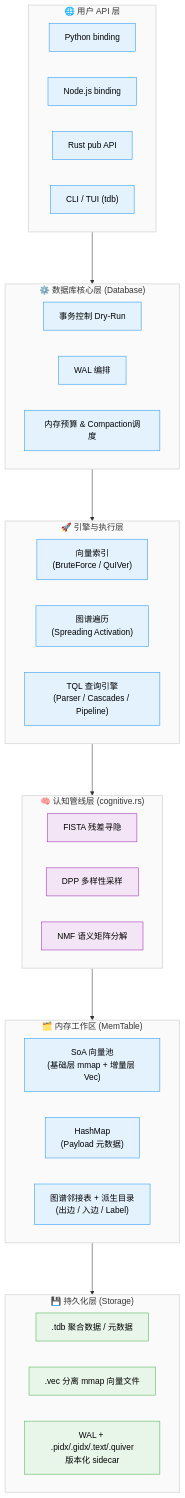
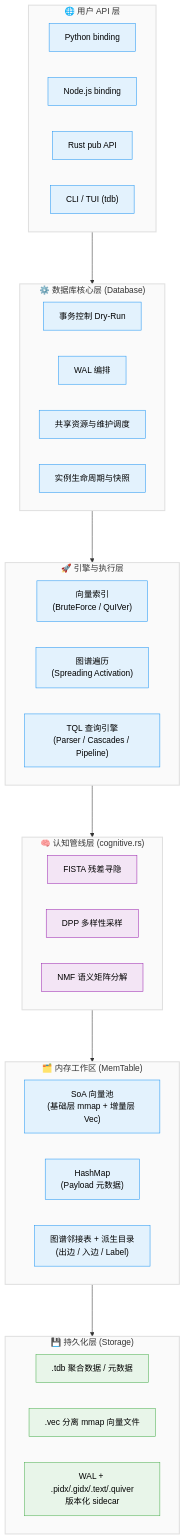
One commit to QWQcool/TriviumDB changed the diagram in docs/features.md. Above: the diagram before and after it, drawn with Mermaid. The commit also changed other lines of this file and 43 other files, not shown here.

````diff
--- a/docs/features.md
+++ b/docs/features.md
@@ -38,62 +41,63 @@
 ```mermaid
 flowchart TD
     classDef layer fill:#fafafa,stroke:#e0e0e0,stroke-width:2px,color:#333;
     classDef module fill:#e3f2fd,stroke:#2196f3,stroke-width:1px,color:#000;
     classDef math fill:#f3e5f5,stroke:#9c27b0,stroke-width:1px,color:#000;
     classDef storage fill:#e8f5e9,stroke:#4caf50,stroke-width:1px,color:#000;
 
     subgraph Layer1 ["🌐 用户 API 层"]
         direction LR
         API1[Python binding]:::module
         API2[Node.js binding]:::module
         API3[Rust pub API]:::module
         API4["CLI / TUI (tdb)"]:::module
     end
     Layer1:::layer
 
     subgraph Layer2 ["⚙️ 数据库核心层 (Database)"]
         direction LR
         C1[事务控制 Dry-Run]:::module
         C2[WAL 编排]:::module
-        C3[内存预算 & Compaction调度]:::module
+        C3[共享资源与维护调度]:::module
+        C4[实例生命周期与快照]:::module
     end
     Layer2:::layer
 
     subgraph Layer3 ["🚀 引擎与执行层"]
         direction LR
         E1["向量索引\n(BruteForce / QuIVer)"]:::module
         E2["图谱遍历\n(Spreading Activation)"]:::module
         E3["TQL 查询引擎\n(Parser / Cascades / Pipeline)"]:::module
     end
     Layer3:::layer
 
     subgraph Layer4 ["🧠 认知管线层 (cognitive.rs)"]
         direction LR
         M1[FISTA 残差寻隐]:::math
         M2[DPP 多样性采样]:::math
         M3[NMF 语义矩阵分解]:::math
     end
     Layer4:::layer
 
     subgraph Layer5 ["🗂️ 内存工作区 (MemTable)"]
         direction LR
         M_VEC["SoA 向量池\n(基础层 mmap + 增量层 Vec)"]:::module
         M_PAY["HashMap\n(Payload 元数据)"]:::module
         M_EDGE["图谱邻接表 + 派生目录\n(出边 / 入边 / Label)"]:::module
     end
     Layer5:::layer
 
     subgraph Layer6 ["💾 持久化层 (Storage)"]
         direction LR
         S1[".tdb 聚合数据 / 元数据"]:::storage
         S2[".vec 分离 mmap 向量文件"]:::storage
         S3["WAL + .pidx/.gidx/.text/.quiver\n版本化 sidecar"]:::storage
     end
     Layer6:::layer
 
     Layer1 ---> Layer2
     Layer2 ---> Layer3
     Layer3 ---> Layer4
     Layer4 ---> Layer5
     Layer5 ---> Layer6
 ```
````
